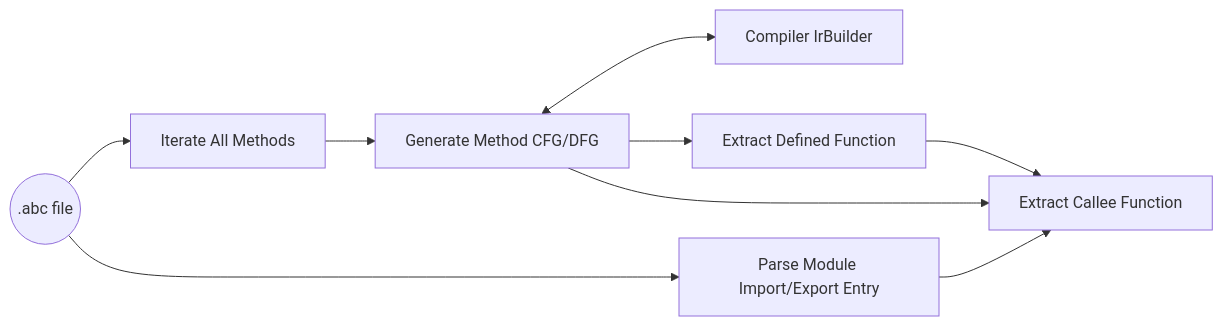
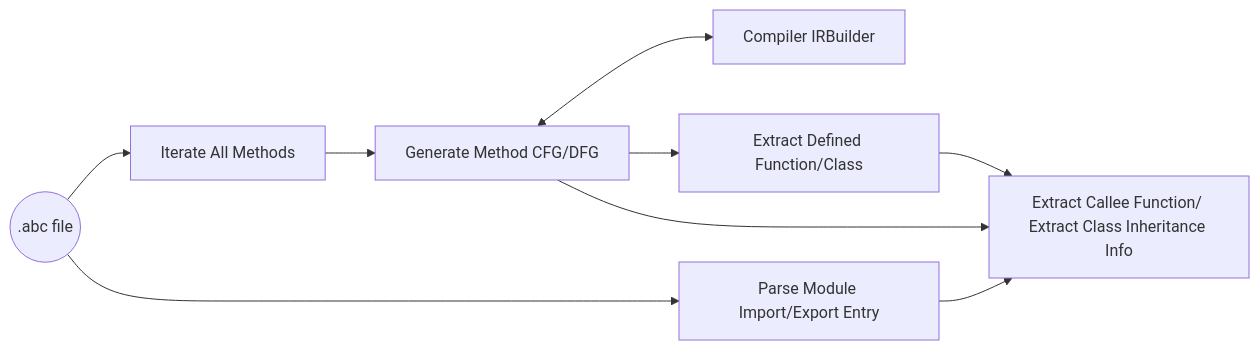
Before and after one commit to eclipse-oniro-mirrors/arkcompiler_runtime_core: the diagram in libark_defect_scan_aux/README.md, drawn with Mermaid. The commit also changed other lines of this file and 14 other files, not shown here.

````diff
--- a/libark_defect_scan_aux/README.md
+++ b/libark_defect_scan_aux/README.md
@@ -13,11 +13,11 @@
 ```mermaid
-flowchart LR; 
+flowchart LR;
   A((.abc file))-->B[Iterate All Methods];
   A((.abc file))-->C[Parse Module Import/Export Entry];
   B[Iterate All Methods]-->D[Generate Method CFG/DFG];
-  D[Generate Method CFG/DFG]<-->G[Compiler IrBuilder];
-  D[Generate Method CFG/DFG]-->E[Extract Defined Function];
-  D[Generate Method CFG/DFG]-->F[Extract Callee Function];
-  C[Parse Module Import/Export Entry]-->F[Extract Callee Function];
-  E[Extract Defined Function]-->F[Extract Callee Function];
+  D[Generate Method CFG/DFG]<-->G[Compiler IRBuilder];
+  D[Generate Method CFG/DFG]-->E[Extract Defined Function/Class];
+  D[Generate Method CFG/DFG]-->F[Extract Callee Function/ Extract Class Inheritance Info];
+  C[Parse Module Import/Export Entry]-->F[Extract Callee Function/ Extract Class Inheritance Info];
+  E[Extract Defined Function/Class]-->F[Extract Callee Function/ Extract Class Inheritance Info];
 ```
````
